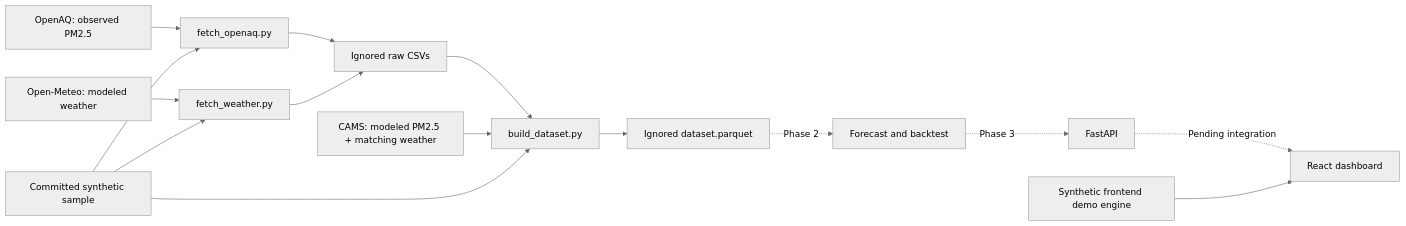
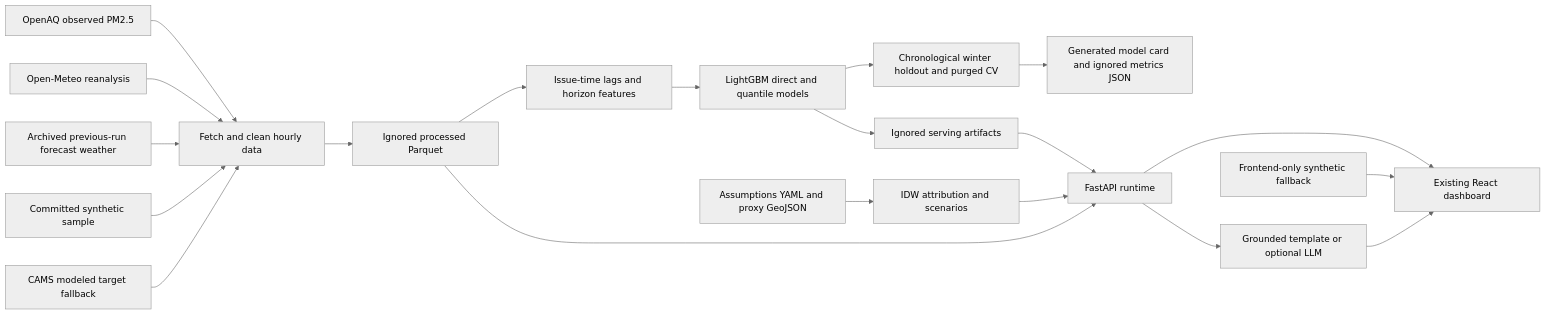
Before and after one commit to RajvardhanPatil07/AirTwin: the diagram in docs/architecture.md, drawn with Mermaid (neutral theme). The commit also changed other lines of this file and 6 other files, not shown here.

Commit message:
docs: document implemented architecture data coverage and assumptions

````diff
--- a/docs/architecture.md
+++ b/docs/architecture.md
@@ -3,17 +3,22 @@
 ```mermaid
 flowchart LR
-    AQ[OpenAQ: observed PM2.5] --> FA[fetch_openaq.py]
-    W[Open-Meteo: modeled weather] --> FW[fetch_weather.py]
-    FA --> RAW[Ignored raw CSVs]
-    FW --> RAW
-    RAW --> B[build_dataset.py]
-    C[CAMS: modeled PM2.5 + matching weather] --> B
-    S[Committed synthetic sample] --> FA
-    S --> FW
-    S --> B
-    B --> P[Ignored dataset.parquet]
-    P -. Phase 2 .-> M[Forecast and backtest]
-    M -. Phase 3 .-> API[FastAPI]
-    API -. Pending integration .-> UI[React dashboard]
-    DEMO[Synthetic frontend demo engine] --> UI
+  OA[OpenAQ observed PM2.5] --> F[Fetch and clean hourly data]
+  W[Open-Meteo reanalysis] --> F
+  HF[Archived previous-run forecast weather] --> F
+  SAMPLE[Committed synthetic sample] --> F
+  CAMS[CAMS modeled target fallback] --> F
+  F --> DATA[Ignored processed Parquet]
+  DATA --> FEAT[Issue-time lags and horizon features]
+  FEAT --> TRAIN[LightGBM direct and quantile models]
+  TRAIN --> VAL[Chronological winter holdout and purged CV]
+  VAL --> CARD[Generated model card and ignored metrics JSON]
+  TRAIN --> MODELS[Ignored serving artifacts]
+  DATA --> API[FastAPI runtime]
+  MODELS --> API
+  CONFIG[Assumptions YAML and proxy GeoJSON] --> SPATIAL[IDW attribution and scenarios]
+  SPATIAL --> API
+  API --> UI[Existing React dashboard]
+  API --> EXPLAIN[Grounded template or optional LLM]
+  EXPLAIN --> UI
+  MOCK[Frontend-only synthetic fallback] --> UI
 ```
````
